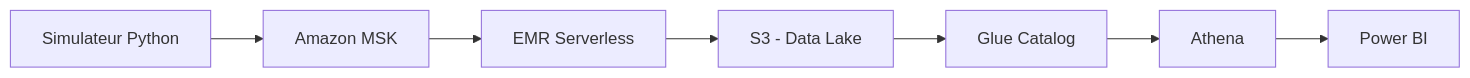
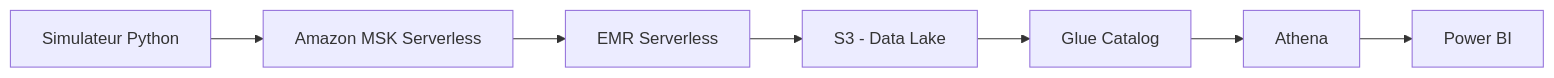
The fourth of 4 diagrams in README.md (thcarole1/ev-powertrain-manufacturing_analytics), drawn with Mermaid before and after one commit. The commit also changed other lines of this file and 1 other file, not shown here.

Commit message:
docs: fix README inconsistencies (AWS architecture title, temperature, batch/streaming, links) (#38)

````diff
--- a/README.md
+++ b/README.md
@@ -105,9 +105,9 @@
 ```mermaid
 flowchart LR
-    A["Simulateur Python"] --> B["Amazon MSK"]
+    A["Simulateur Python"] --> B["Amazon MSK Serverless"]
     B --> C["EMR Serverless"]
     C --> D["S3 - Data Lake"]
     D --> E["Glue Catalog"]
     E --> F["Athena"]
     F --> G["Power BI"]
 ```
````
